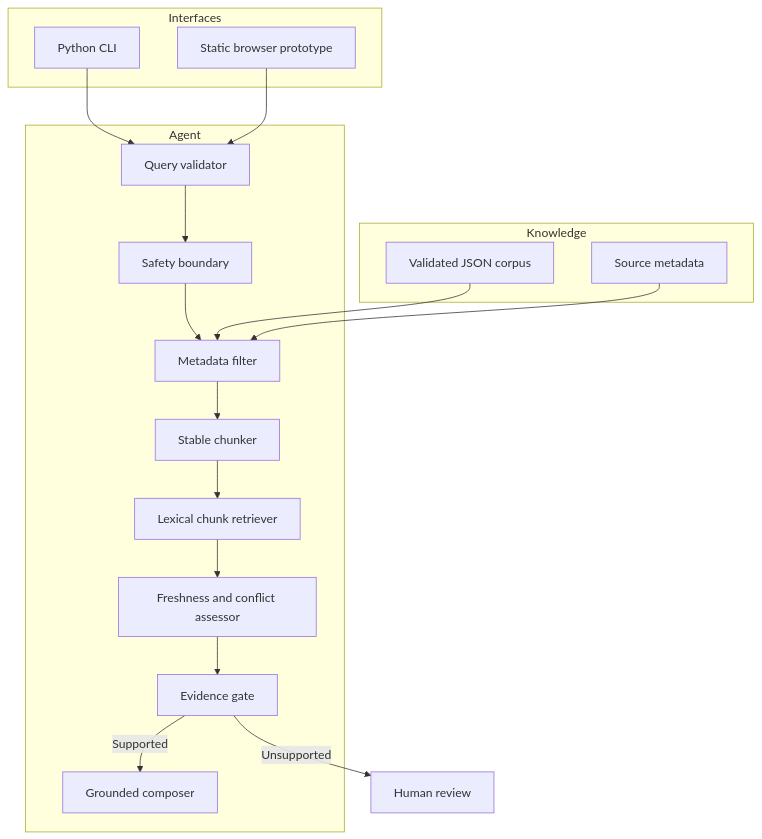
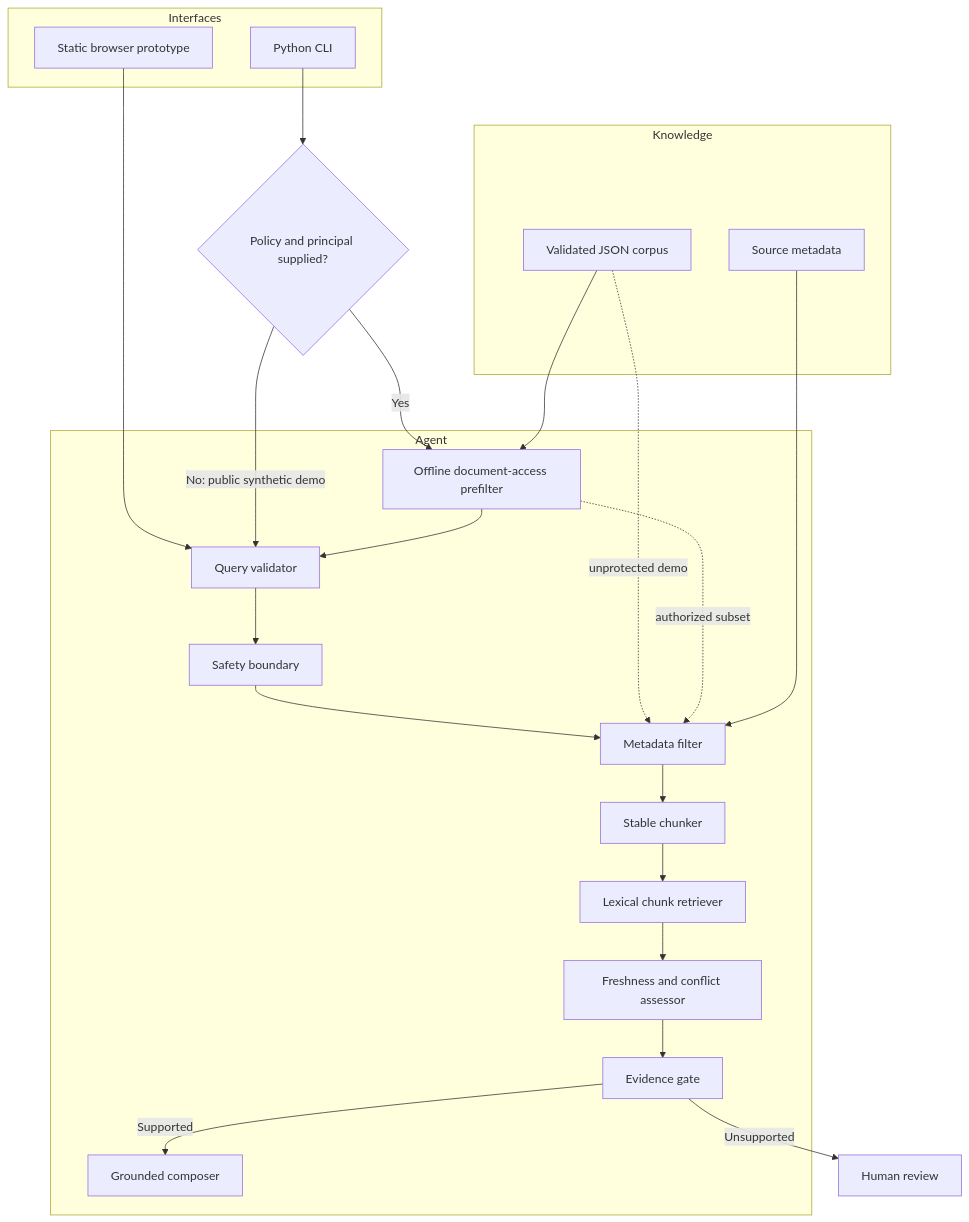
One commit to magicyao2028-pixel/enterprise-knowledge-agent changed the first of 2 diagrams in docs/ARCHITECTURE.md. Above: the diagram before and after it, drawn with Mermaid. The commit also changed other lines of this file and 19 other files, not shown here.

Commit message:
harden offline access prefilter

````diff
--- a/docs/ARCHITECTURE.md
+++ b/docs/ARCHITECTURE.md
@@ -13,29 +13,35 @@
 ```mermaid
 flowchart TB
     subgraph Interfaces
       CLI[Python CLI]
       WEB[Static browser prototype]
     end
     subgraph Agent
+      P[Offline document-access prefilter]
       V[Query validator]
       S[Safety boundary]
       F[Metadata filter]
       K[Stable chunker]
       R[Lexical chunk retriever]
       T[Freshness and conflict assessor]
       G[Evidence gate]
       C[Grounded composer]
     end
     subgraph Knowledge
       J[Validated JSON corpus]
       M[Source metadata]
     end
-    CLI --> V
+    CLI --> AP{Policy and principal supplied?}
     WEB --> V
+    AP -->|Yes| P
+    AP -->|No: public synthetic demo| V
+    P --> V
     V --> S --> F --> K --> R
-    J --> F
+    J --> P
+    J -. unprotected demo .-> F
+    P -. authorized subset .-> F
     M --> F
     R --> T --> G
     G -->|Supported| C
     G -->|Unsupported| H[Human review]
 ```
````
